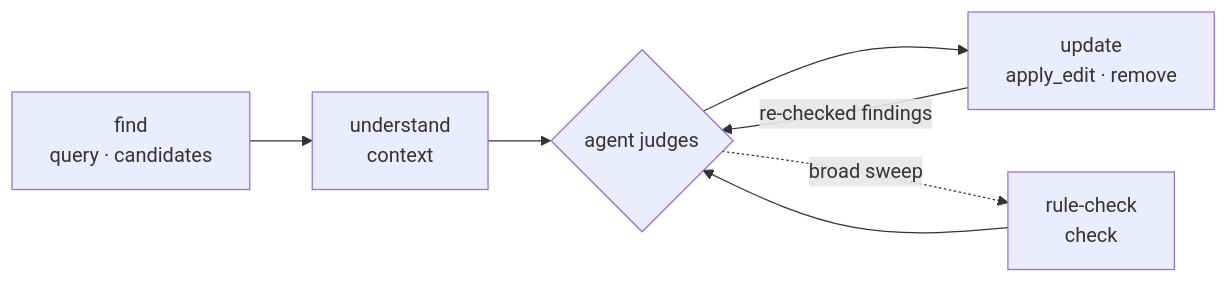
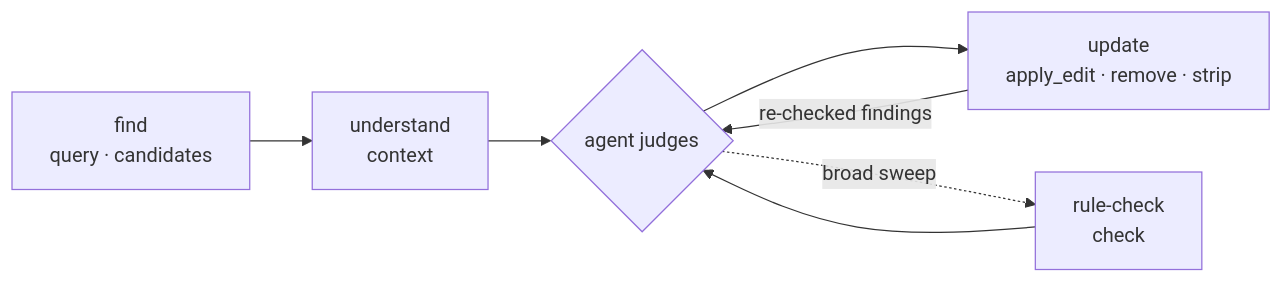
One commit to msaidbilgehan/Commenter-Cat changed the second of 2 diagrams in Docs/Idea.md. Above: the diagram before and after it, drawn with Mermaid. The commit also changed other lines of this file and 3 other files, not shown here.

````diff
--- a/Docs/Idea.md
+++ b/Docs/Idea.md
@@ -233,9 +233,9 @@
 ```mermaid
 flowchart LR
     F["find<br/>query · candidates"] --> U["understand<br/>context"]
     U --> J{agent judges}
-    J --> E["update<br/>apply_edit · remove"]
+    J --> E["update<br/>apply_edit · remove · strip"]
     E -->|re-checked findings| J
     J -.->|broad sweep| C["rule-check<br/>check"]
     C --> J
 ```
````
